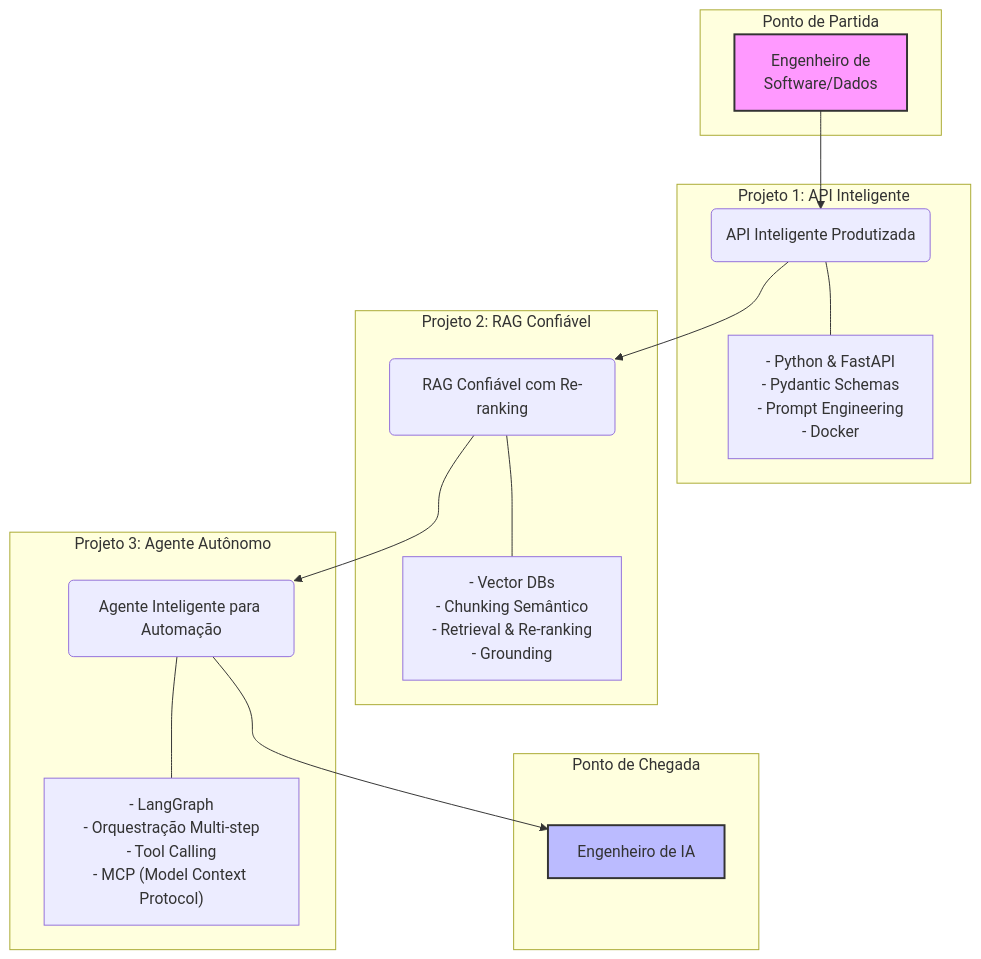
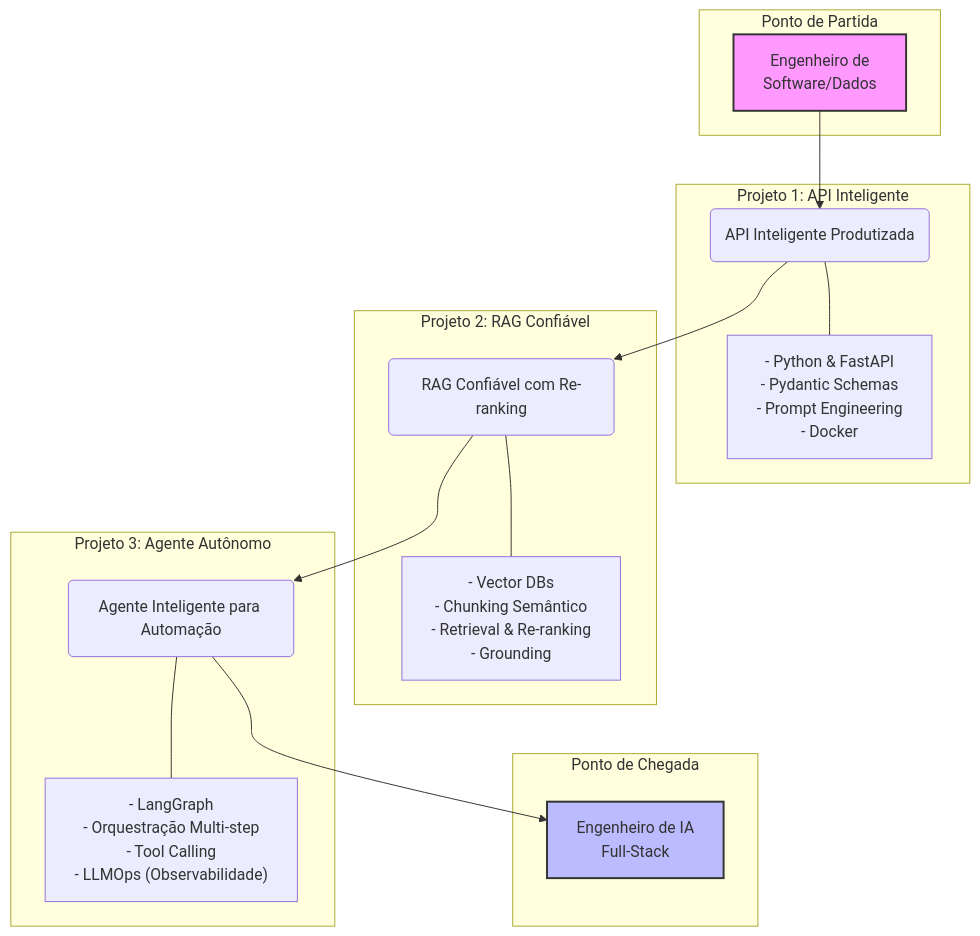
One commit to carlos-augusto-ey/development-program-ai_engineer changed the diagram in README.md. Above: the diagram before and after it, drawn with Mermaid. The commit also changed other lines of this file, not shown here.

````diff
--- a/README.md
+++ b/README.md
@@ -17,33 +28,33 @@
 ```mermaid
 graph TD
     subgraph "Ponto de Partida"
         A[Engenheiro de<br>Software/Dados]
     end
 
     subgraph "Projeto 1: API Inteligente"
         B(API Inteligente Produtizada)
         B_Techs["- Python & FastAPI<br>- Pydantic Schemas<br>- Prompt Engineering<br>- Docker"]
     end
 
     subgraph "Projeto 2: RAG Confiável"
         C(RAG Confiável com Re-ranking)
         C_Techs["- Vector DBs<br>- Chunking Semântico<br>- Retrieval & Re-ranking<br>- Grounding"]
     end
 
     subgraph "Projeto 3: Agente Autônomo"
         D(Agente Inteligente para Automação)
-        D_Techs["- LangGraph<br>- Orquestração Multi-step<br>- Tool Calling<br>- MCP (Model Context Protocol)"]
+        D_Techs["- LangGraph<br>- Orquestração Multi-step<br>- Tool Calling<br>- LLMOps (Observabilidade)"]
     end
 
     subgraph "Ponto de Chegada"
-        E[Engenheiro de IA]
+        E[Engenheiro de IA<br>Full-Stack]
     end
 
     A --> B --> C --> D --> E
     B --- B_Techs
     C --- C_Techs
     D --- D_Techs
 
     style A fill:#f9f,stroke:#333,stroke-width:2px
     style E fill:#bbf,stroke:#333,stroke-width:2px
 ```
````
